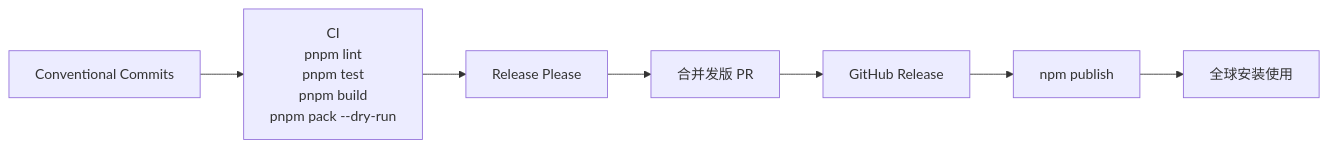
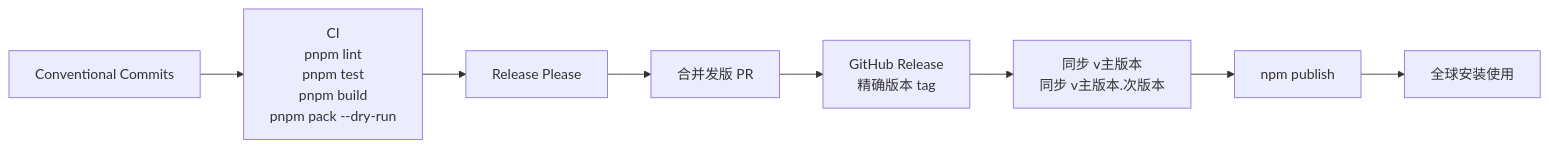
The third of 3 diagrams in ARCHITECTURE.md (Albert-PZY/codex-relay), drawn with Mermaid before and after one commit. The commit also changed 4 other files, not shown here.

Commit message:
ci: publish from release please workflow

````diff
--- a/ARCHITECTURE.md
+++ b/ARCHITECTURE.md
@@ -95,9 +95,10 @@
 ```mermaid
 flowchart LR
   Commit[Conventional Commits] --> CI[CI<br>pnpm lint<br>pnpm test<br>pnpm build<br>pnpm pack --dry-run]
   CI --> RP[Release Please]
   RP --> Merge[合并发版 PR]
-  Merge --> Release[GitHub Release]
-  Release --> Publish[npm publish]
+  Merge --> Release[GitHub Release<br>精确版本 tag]
+  Release --> Tags[同步 v主版本<br>同步 v主版本.次版本]
+  Tags --> Publish[npm publish]
   Publish --> Users[全球安装使用]
 ```
````
